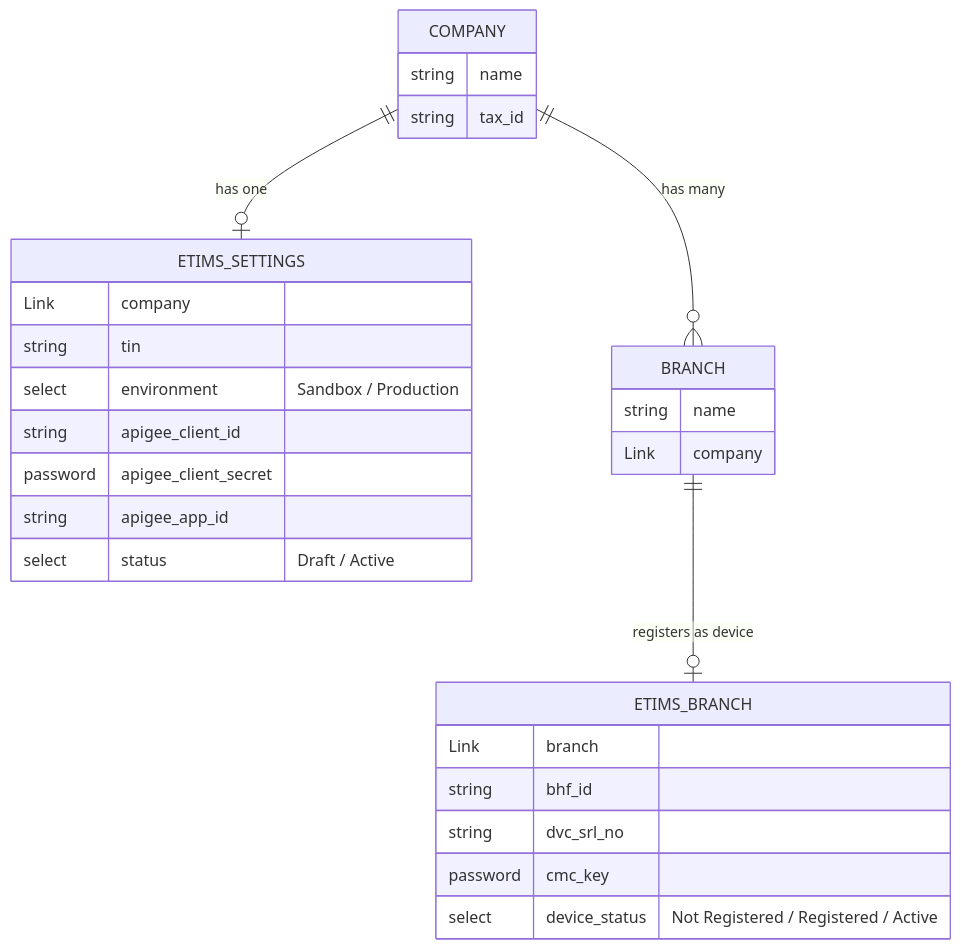
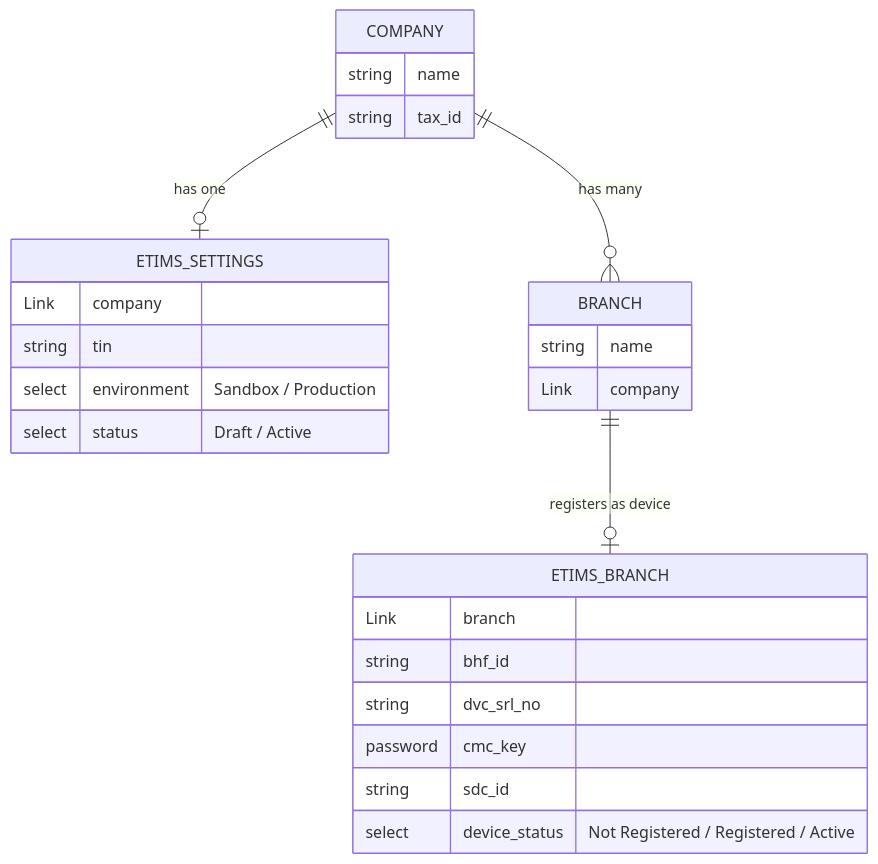
The second of 4 diagrams in docs/architecture.md (royceltd/en_royce_etims), drawn with Mermaid before and after one commit. The commit also changed other lines of this file and 14 other files, not shown here.

````diff
--- a/docs/architecture.md
+++ b/docs/architecture.md
@@ -101,31 +160,29 @@
 ```mermaid
 erDiagram
     COMPANY ||--o| ETIMS_SETTINGS : "has one"
     COMPANY ||--o{ BRANCH : "has many"
     BRANCH ||--o| ETIMS_BRANCH : "registers as device"
 
     COMPANY {
         string name
         string tax_id
     }
     ETIMS_SETTINGS {
         Link company
         string tin
         select environment "Sandbox / Production"
-        string apigee_client_id
-        password apigee_client_secret
-        string apigee_app_id
         select status "Draft / Active"
     }
     BRANCH {
         string name
         Link company
     }
     ETIMS_BRANCH {
         Link branch
         string bhf_id
         string dvc_srl_no
         password cmc_key
+        string sdc_id
         select device_status "Not Registered / Registered / Active"
     }
 ```
````
